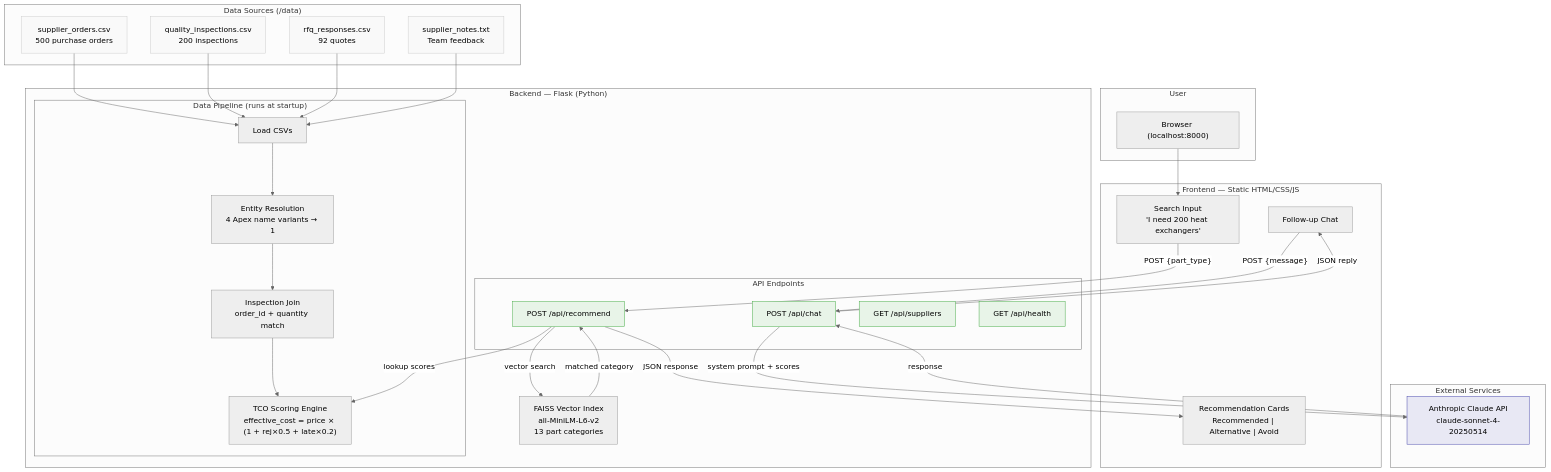
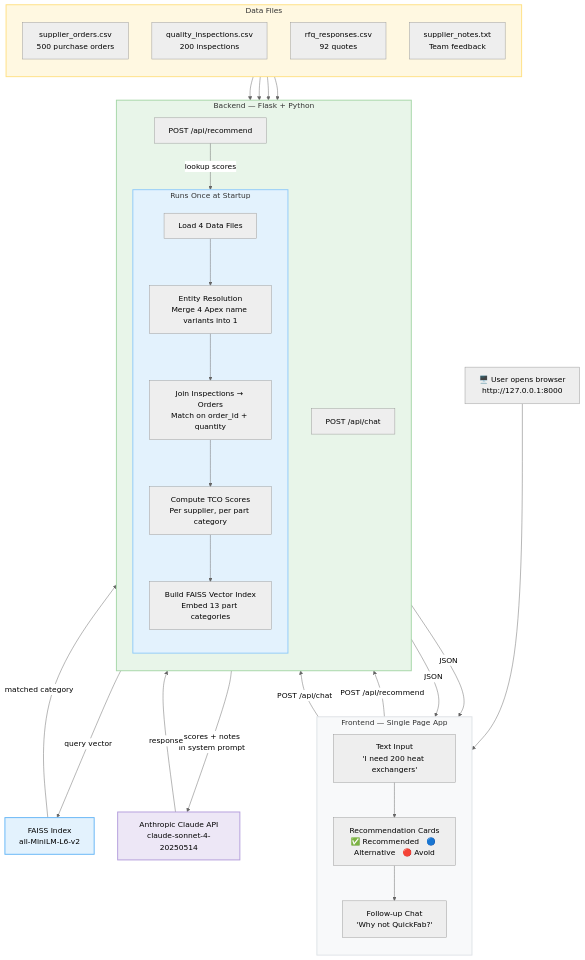
The first of 3 diagrams in ARCHITECTURE.md (vince-tambellini/hoth-engine), drawn with Mermaid (neutral theme) before and after one commit. The commit also changed other lines of this file and 6 other files, not shown here.

First line of the commit message:
Add architecture diagrams, TCO scoring, and updated presentation

````diff
--- a/ARCHITECTURE.md
+++ b/ARCHITECTURE.md
@@ -7,70 +9,63 @@
 ```mermaid
-graph TB
-    subgraph User
-        Browser["Browser (localhost:8000)"]
+graph TD
+    User["🖥️ User opens browser<br/>http://127.0.0.1:8000"]
+
+    User --> Input
+
+    subgraph Frontend["Frontend — Single Page App"]
+        direction TB
+        Input["Text Input<br/>'I need 200 heat exchangers'"]
+        Input --> RecCards
+        RecCards["Recommendation Cards<br/>✅ Recommended &nbsp; 🔵 Alternative &nbsp; 🔴 Avoid"]
+        RecCards --> ChatUI
+        ChatUI["Follow-up Chat<br/>'Why not QuickFab?'"]
     end
 
-    subgraph Frontend["Frontend — Static HTML/CSS/JS"]
-        Input["Search Input<br/>'I need 200 heat exchangers'"]
-        Cards["Recommendation Cards<br/>Recommended | Alternative | Avoid"]
-        Chat["Follow-up Chat"]
+    Input -- "POST /api/recommend" --> RecommendAPI
+    ChatUI -- "POST /api/chat" --> ChatAPI
+
+    subgraph Backend["Backend — Flask + Python"]
+        direction TB
+
+        subgraph Startup["Runs Once at Startup"]
+            direction TB
+            CSV["Load 4 Data Files"]
+            CSV --> Clean["Entity Resolution<br/>Merge 4 Apex name variants into 1"]
+            Clean --> JoinStep["Join Inspections → Orders<br/>Match on order_id + quantity"]
+            JoinStep --> ScoreStep["Compute TCO Scores<br/>Per supplier, per part category"]
+            ScoreStep --> BuildIndex["Build FAISS Vector Index<br/>Embed 13 part categories"]
+        end
+
+        RecommendAPI["POST /api/recommend"]
+        ChatAPI["POST /api/chat"]
     end
 
-    subgraph Backend["Backend — Flask (Python)"]
+    RecommendAPI -- "query vector" --> FAISS["FAISS Index<br/>all-MiniLM-L6-v2"]
+    FAISS -- "matched category" --> RecommendAPI
+    RecommendAPI -- "lookup scores" --> ScoreStep
+    RecommendAPI -- "JSON" --> RecCards
 
-        subgraph DataPipeline["Data Pipeline (runs at startup)"]
-            Load["Load CSVs"]
-            Normalize["Entity Resolution<br/>4 Apex name variants → 1"]
-            Join["Inspection Join<br/>order_id + quantity match"]
-            Score["TCO Scoring Engine<br/>effective_cost = price × (1 + rej×0.5 + late×0.2)"]
-        end
+    ChatAPI -- "scores + notes<br/>in system prompt" --> Claude["Anthropic Claude API<br/>claude-sonnet-4-20250514"]
+    Claude -- "response" --> ChatAPI
+    ChatAPI -- "JSON" --> ChatUI
 
-        subgraph APIs["API Endpoints"]
-            Recommend["POST /api/recommend"]
-            ChatAPI["POST /api/chat"]
-            Suppliers["GET /api/suppliers"]
-            Health["GET /api/health"]
-        end
-
-        FAISS["FAISS Vector Index<br/>all-MiniLM-L6-v2<br/>13 part categories"]
+    subgraph Data["Data Files"]
+        direction TB
+        D1["supplier_orders.csv<br/>500 purchase orders"]
+        D2["quality_inspections.csv<br/>200 inspections"]
+        D3["rfq_responses.csv<br/>92 quotes"]
+        D4["supplier_notes.txt<br/>Team feedback"]
     end
 
-    subgraph DataSources["Data Sources (/data)"]
-        Orders["supplier_orders.csv<br/>500 purchase orders"]
-        Inspections["quality_inspections.csv<br/>200 inspections"]
-        RFQ["rfq_responses.csv<br/>92 quotes"]
-        Notes["supplier_notes.txt<br/>Team feedback"]
-    end
+    D1 --> CSV
+    D2 --> CSV
+    D3 --> CSV
+    D4 --> CSV
 
-    subgraph External["External Services"]
-        Claude["Anthropic Claude API<br/>claude-sonnet-4-20250514"]
-    end
-
-    %% Data flow
-    Orders --> Load
-    Inspections --> Load
-    RFQ --> Load
-    Notes --> Load
-    Load --> Normalize --> Join --> Score
-
-    %% User flow
-    Browser --> Input
-    Input -->|"POST {part_type}"| Recommend
-    Recommend -->|"vector search"| FAISS
-    FAISS -->|"matched category"| Recommend
-    Recommend -->|"lookup scores"| Score
-    Recommend -->|"JSON response"| Cards
-
-    Chat -->|"POST {message}"| ChatAPI
-    ChatAPI -->|"system prompt + scores"| Claude
-    Claude -->|"response"| ChatAPI
-    ChatAPI -->|"JSON reply"| Chat
-
-    %% Styling
-    classDef data fill:#f9f9f9,stroke:#ccc
-    classDef api fill:#e8f4e8,stroke:#4a4
-    classDef external fill:#e8e8f4,stroke:#44a
-    class Orders,Inspections,RFQ,Notes data
-    class Recommend,ChatAPI,Suppliers,Health api
-    class Claude external
+    style Frontend fill:#f8f9fa,stroke:#dee2e6,stroke-width:2px
+    style Backend fill:#e8f5e9,stroke:#a5d6a7,stroke-width:2px
+    style Startup fill:#e3f2fd,stroke:#90caf9,stroke-width:2px
+    style Data fill:#fff8e1,stroke:#ffe082,stroke-width:2px
+    style Claude fill:#ede7f6,stroke:#b39ddb,stroke-width:2px
+    style FAISS fill:#e3f2fd,stroke:#64b5f6,stroke-width:2px
 ```
````
